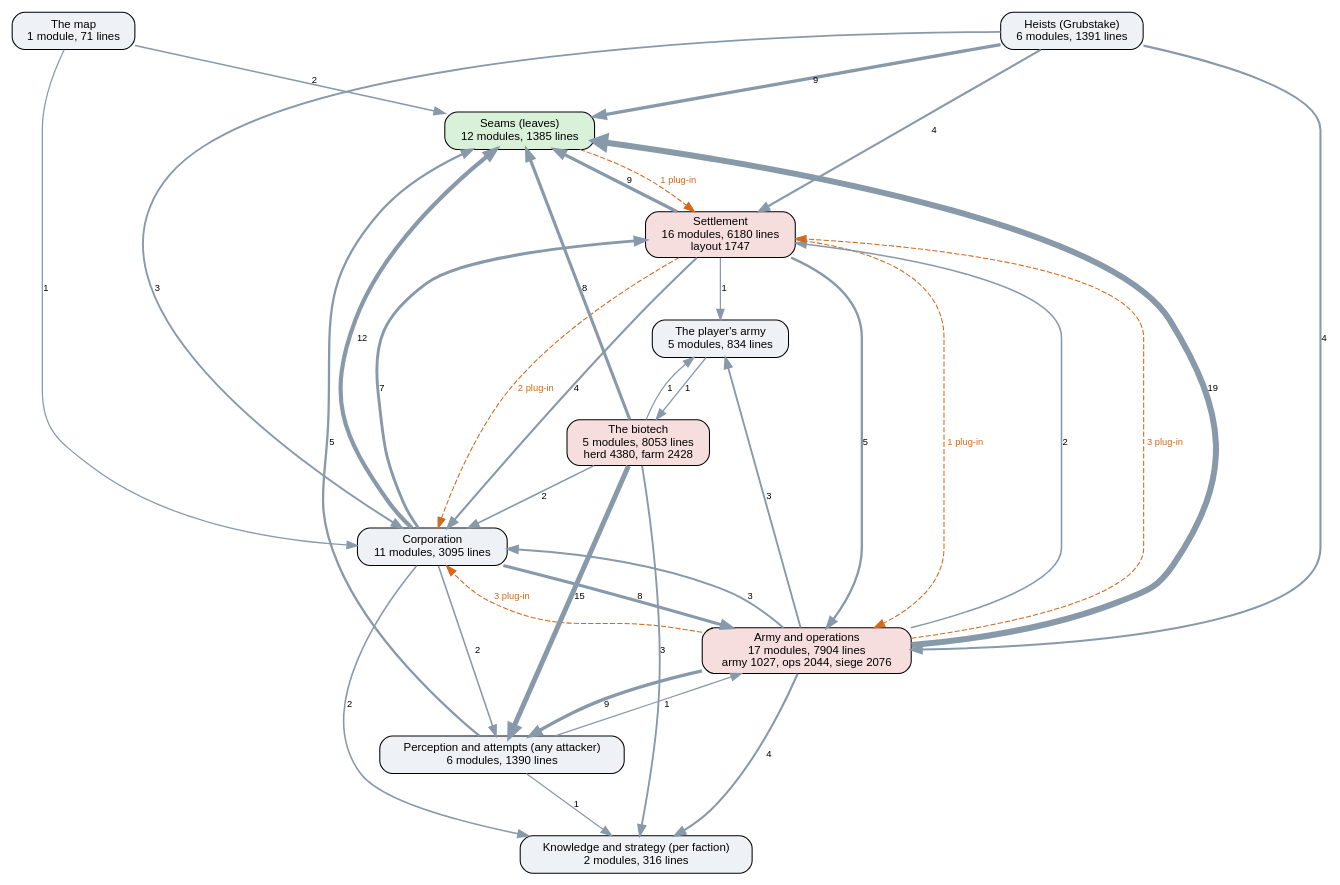
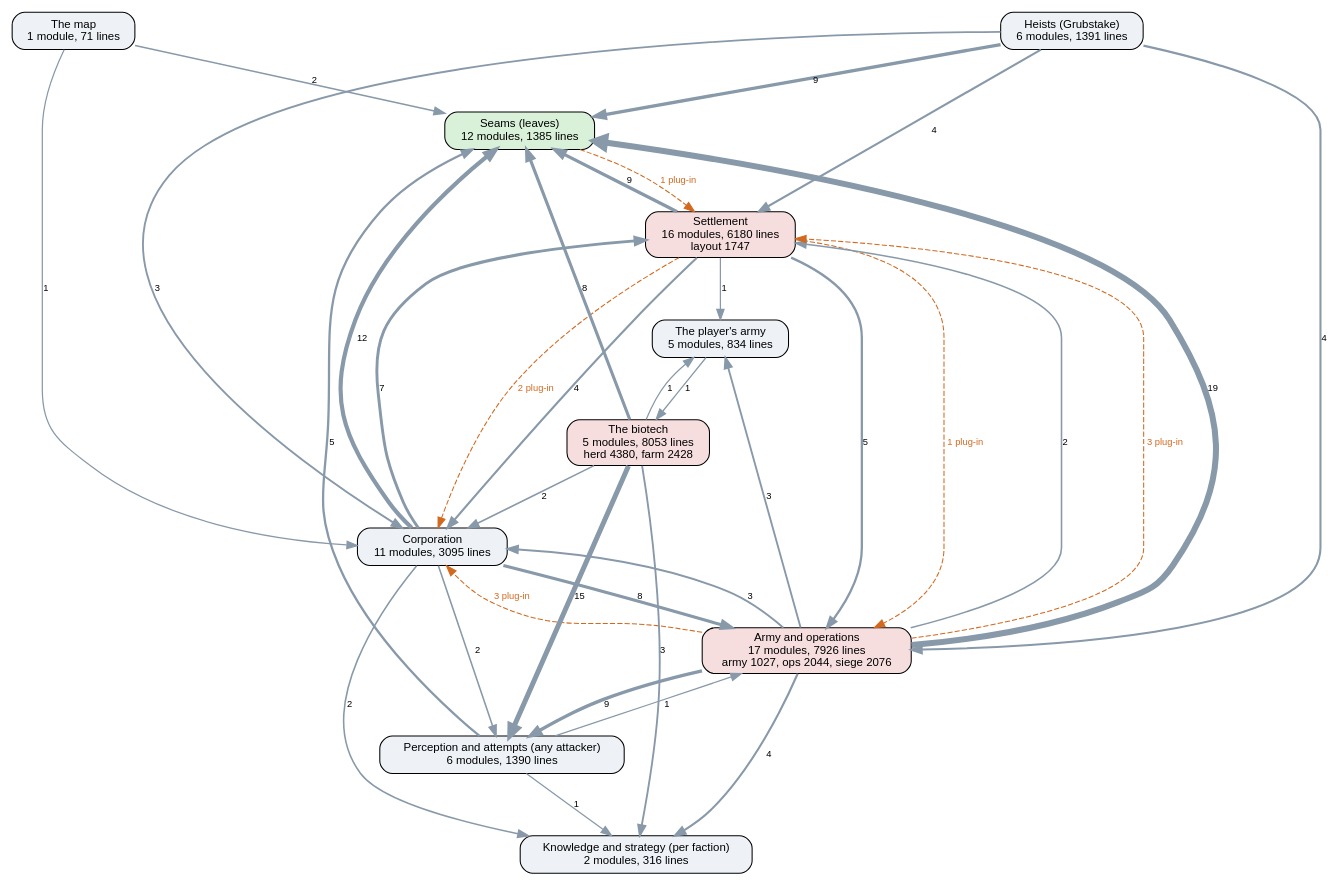
One commit to kinelhu/landing-party changed the diagram in docs/ai-layers.dot. Above: the diagram before and after it, drawn with Graphviz. The commit also changed 34 other files, not shown here.

```diff
--- a/docs/ai-layers.dot
+++ b/docs/ai-layers.dot
@@ -1,50 +1,50 @@
 digraph layers {
   graph [rankdir=TB, fontname="Helvetica", nodesep=0.5, ranksep=0.7];
   node [shape=box, style="rounded,filled", fontname="Helvetica", fontsize=11, fillcolor="#eef2f7"];
   edge [color="#8899aa", fontname="Helvetica", fontsize=9];
   "Seams (leaves)" [label="Seams (leaves)\n12 modules, 1385 lines", fillcolor="#d9f0d9"];
   "Perception and attempts (any attacker)" [label="Perception and attempts (any attacker)\n6 modules, 1390 lines", fillcolor="#eef2f7"];
   "Knowledge and strategy (per faction)" [label="Knowledge and strategy (per faction)\n2 modules, 316 lines", fillcolor="#eef2f7"];
   "Corporation" [label="Corporation\n11 modules, 3095 lines", fillcolor="#eef2f7"];
   "Settlement" [label="Settlement\n16 modules, 6180 lines\nlayout 1747", fillcolor="#f7dede"];
-  "Army and operations" [label="Army and operations\n17 modules, 7904 lines\narmy 1027, ops 2044, siege 2076", fillcolor="#f7dede"];
+  "Army and operations" [label="Army and operations\n17 modules, 7926 lines\narmy 1027, ops 2044, siege 2076", fillcolor="#f7dede"];
   "Heists (Grubstake)" [label="Heists (Grubstake)\n6 modules, 1391 lines", fillcolor="#eef2f7"];
   "The biotech" [label="The biotech\n5 modules, 8053 lines\nherd 4380, farm 2428", fillcolor="#f7dede"];
   "The map" [label="The map\n1 module, 71 lines", fillcolor="#eef2f7"];
   "The player's army" [label="The player's army\n5 modules, 834 lines", fillcolor="#eef2f7"];
   "Army and operations" -> "Corporation" [label="3", penwidth=1.8];
   "Army and operations" -> "Knowledge and strategy (per faction)" [label="4", penwidth=2.0];
   "Army and operations" -> "Perception and attempts (any attacker)" [label="9", penwidth=3.2];
   "Army and operations" -> "Seams (leaves)" [label="19", penwidth=5.8];
   "Army and operations" -> "Settlement" [label="2", penwidth=1.5];
   "Army and operations" -> "The player's army" [label="3", penwidth=1.8];
   "Corporation" -> "Army and operations" [label="8", penwidth=3.0];
   "Corporation" -> "Knowledge and strategy (per faction)" [label="2", penwidth=1.5];
   "Corporation" -> "Perception and attempts (any attacker)" [label="2", penwidth=1.5];
   "Corporation" -> "Seams (leaves)" [label="12", penwidth=4.0];
   "Corporation" -> "Settlement" [label="7", penwidth=2.8];
   "Heists (Grubstake)" -> "Army and operations" [label="4", penwidth=2.0];
   "Heists (Grubstake)" -> "Corporation" [label="3", penwidth=1.8];
   "Heists (Grubstake)" -> "Seams (leaves)" [label="9", penwidth=3.2];
   "Heists (Grubstake)" -> "Settlement" [label="4", penwidth=2.0];
   "Perception and attempts (any attacker)" -> "Army and operations" [label="1", penwidth=1.2];
   "Perception and attempts (any attacker)" -> "Knowledge and strategy (per faction)" [label="1", penwidth=1.2];
   "Perception and attempts (any attacker)" -> "Seams (leaves)" [label="5", penwidth=2.2];
   "Settlement" -> "Army and operations" [label="5", penwidth=2.2];
   "Settlement" -> "Corporation" [label="4", penwidth=2.0];
   "Settlement" -> "Seams (leaves)" [label="9", penwidth=3.2];
   "Settlement" -> "The player's army" [label="1", penwidth=1.2];
   "The biotech" -> "Corporation" [label="2", penwidth=1.5];
   "The biotech" -> "Knowledge and strategy (per faction)" [label="3", penwidth=1.8];
   "The biotech" -> "Perception and attempts (any attacker)" [label="15", penwidth=4.8];
   "The biotech" -> "Seams (leaves)" [label="8", penwidth=3.0];
   "The biotech" -> "The player's army" [label="1", penwidth=1.2];
   "The map" -> "Corporation" [label="1", penwidth=1.2];
   "The map" -> "Seams (leaves)" [label="2", penwidth=1.5];
   "The player's army" -> "The biotech" [label="1", penwidth=1.2];
   "Army and operations" -> "Corporation" [style=dashed, color="#d2691e", fontcolor="#d2691e", label="3 plug-in"];
   "Army and operations" -> "Settlement" [style=dashed, color="#d2691e", fontcolor="#d2691e", label="3 plug-in"];
   "Seams (leaves)" -> "Settlement" [style=dashed, color="#d2691e", fontcolor="#d2691e", label="1 plug-in"];
   "Settlement" -> "Army and operations" [style=dashed, color="#d2691e", fontcolor="#d2691e", label="1 plug-in"];
   "Settlement" -> "Corporation" [style=dashed, color="#d2691e", fontcolor="#d2691e", label="2 plug-in"];
 }
```
